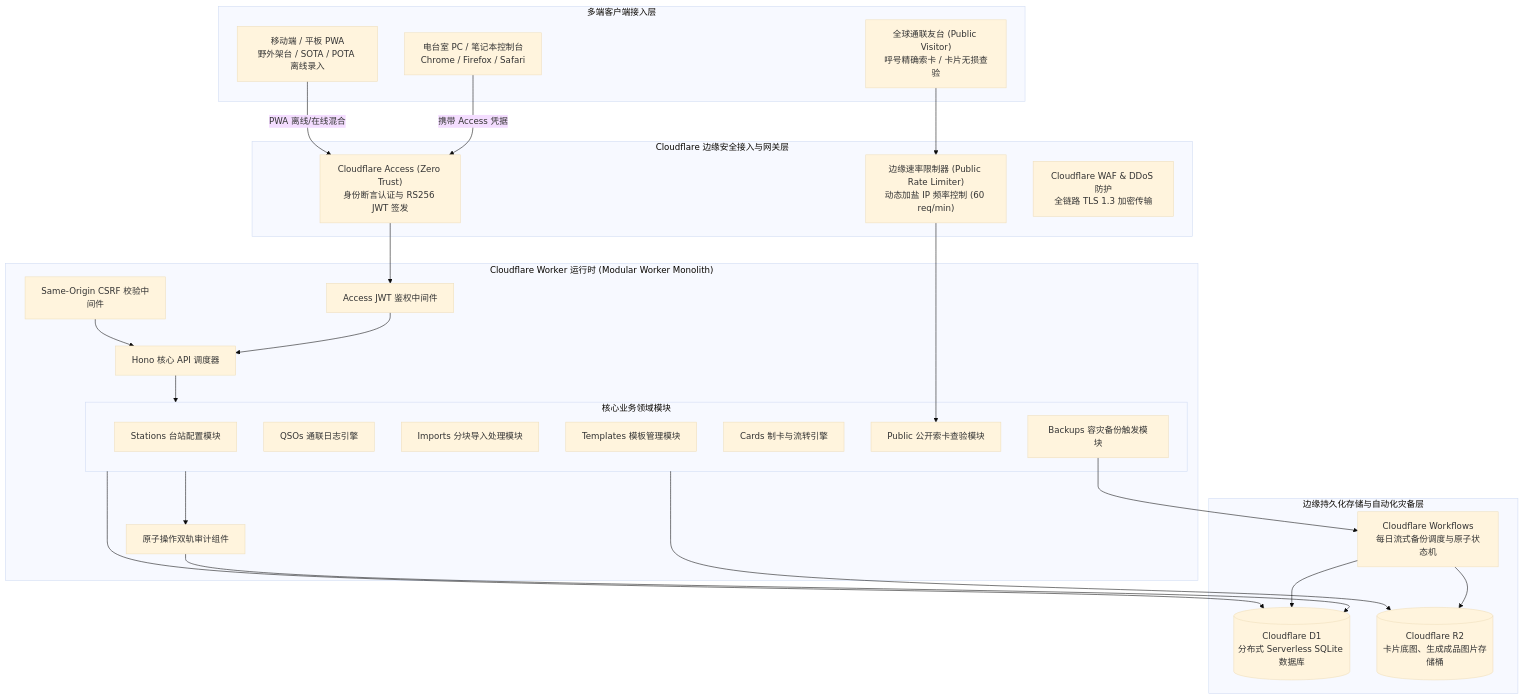
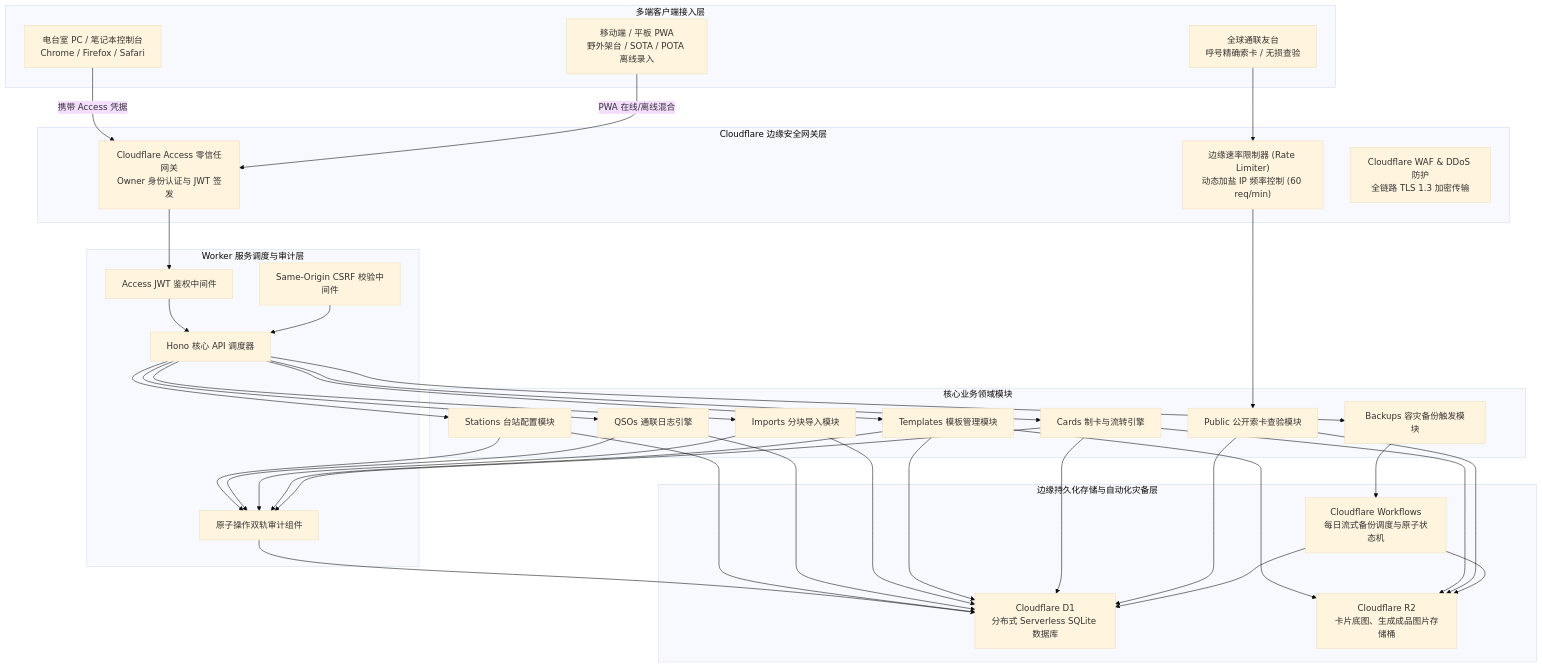
One commit to neilshare/myQSL changed the first of 2 diagrams in PRD.md. Above: the diagram before and after it, drawn with Mermaid (base theme). The commit also changed 2 other files, not shown here.

Commit message:
docs: fix Mermaid syntax by removing subgraph-targeted edges and cylinder quotes

````diff
--- a/PRD.md
+++ b/PRD.md
@@ -97,55 +97,74 @@
 ```mermaid
 flowchart TB
     subgraph Client["多端客户端接入层"]
         AdminBrowser["电台室 PC / 笔记本控制台<br/>Chrome / Firefox / Safari"]
         MobilePWA["移动端 / 平板 PWA<br/>野外架台 / SOTA / POTA 离线录入"]
-        PublicVisitor["全球通联友台 (Public Visitor)<br/>呼号精确索卡 / 卡片无损查验"]
+        PublicVisitor["全球通联友台<br/>呼号精确索卡 / 无损查验"]
     end
 
-    subgraph EdgeGateway["Cloudflare 边缘安全接入与网关层"]
-        Access["Cloudflare Access (Zero Trust)<br/>身份断言认证与 RS256 JWT 签发"]
-        RateLimiter["边缘速率限制器 (Public Rate Limiter)<br/>动态加盐 IP 频率控制 (60 req/min)"]
+    subgraph EdgeGateway["Cloudflare 边缘安全网关层"]
+        Access["Cloudflare Access 零信任网关<br/>Owner 身份认证与 JWT 签发"]
+        RateLimiter["边缘速率限制器 (Rate Limiter)<br/>动态加盐 IP 频率控制 (60 req/min)"]
         WAF["Cloudflare WAF & DDoS 防护<br/>全链路 TLS 1.3 加密传输"]
     end
 
-    subgraph WorkerRuntime["Cloudflare Worker 运行时 (Modular Worker Monolith)"]
+    subgraph WorkerRuntime["Worker 服务调度与审计层"]
         HonoApp["Hono 核心 API 调度器"]
         AuthMid["Access JWT 鉴权中间件"]
         OriginGuard["Same-Origin CSRF 校验中间件"]
         AuditWriter["原子操作双轨审计组件"]
+    end
 
-        subgraph CoreModules["核心业务领域模块"]
-            ModStations["Stations 台站配置模块"]
-            ModQSOs["QSOs 通联日志引擎"]
-            ModImports["Imports 分块导入处理模块"]
-            ModTemplates["Templates 模板管理模块"]
-            ModCards["Cards 制卡与流转引擎"]
-            ModPublic["Public 公开索卡查验模块"]
-            ModBackups["Backups 容灾备份触发模块"]
-        end
+    subgraph CoreModules["核心业务领域模块"]
+        ModStations["Stations 台站配置模块"]
+        ModQSOs["QSOs 通联日志引擎"]
+        ModImports["Imports 分块导入模块"]
+        ModTemplates["Templates 模板管理模块"]
+        ModCards["Cards 制卡与流转引擎"]
+        ModPublic["Public 公开索卡查验模块"]
+        ModBackups["Backups 容灾备份触发模块"]
     end
 
     subgraph StorageDR["边缘持久化存储与自动化灾备层"]
-        D1DB[("Cloudflare D1<br/>分布式 Serverless SQLite 数据库")]
-        R2Media[("Cloudflare R2<br/>卡片底图、生成成品图片存储桶")]
+        D1DB["Cloudflare D1<br/>分布式 Serverless SQLite 数据库"]
+        R2Media["Cloudflare R2<br/>卡片底图、生成成品图片存储桶"]
         Workflows["Cloudflare Workflows<br/>每日流式备份调度与原子状态机"]
     end
 
     AdminBrowser -->|"携带 Access 凭据"| Access
-    MobilePWA -->|"PWA 离线/在线混合"| Access
+    MobilePWA -->|"PWA 在线/离线混合"| Access
     Access --> AuthMid
     PublicVisitor --> RateLimiter
     RateLimiter --> ModPublic
 
     AuthMid --> HonoApp
     OriginGuard --> HonoApp
-    HonoApp --> CoreModules
 
-    CoreModules --> AuditWriter
+    HonoApp --> ModStations
+    HonoApp --> ModQSOs
+    HonoApp --> ModImports
+    HonoApp --> ModTemplates
+    HonoApp --> ModCards
+    HonoApp --> ModBackups
+
+    ModStations --> AuditWriter
+    ModQSOs --> AuditWriter
+    ModImports --> AuditWriter
+    ModTemplates --> AuditWriter
+    ModCards --> AuditWriter
+
     AuditWriter --> D1DB
-    CoreModules --> D1DB
-    CoreModules --> R2Media
+    ModStations --> D1DB
+    ModQSOs --> D1DB
+    ModImports --> D1DB
+    ModTemplates --> D1DB
+    ModTemplates --> R2Media
+    ModCards --> D1DB
+    ModCards --> R2Media
+    ModPublic --> D1DB
+    ModPublic --> R2Media
+
     ModBackups --> Workflows
     Workflows --> D1DB
     Workflows --> R2Media
 ```
````
